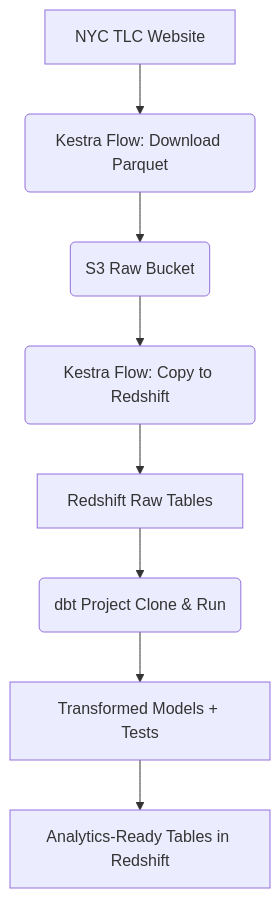
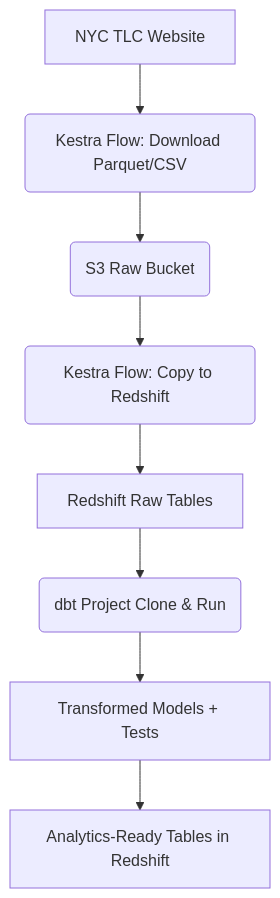
The diagram in README.md (Munjogu123/taxi-nyc-dbt), drawn with Mermaid before and after one commit.

Commit message:
fix: adds missing information to the readme

````diff
--- a/README.md
+++ b/README.md
@@ -35,10 +35,10 @@
 ```mermaid
 graph TD
-    A[NYC TLC Website] --> B(Kestra Flow: Download Parquet)
+    A[NYC TLC Website] --> B(Kestra Flow: Download Parquet/CSV)
     B --> C(S3 Raw Bucket)
     C --> D(Kestra Flow: Copy to Redshift)
     D --> E[Redshift Raw Tables]
     E --> F(dbt Project Clone & Run)
     F --> G[Transformed Models + Tests]
     G --> H[Analytics-Ready Tables in Redshift]
 ```
````
